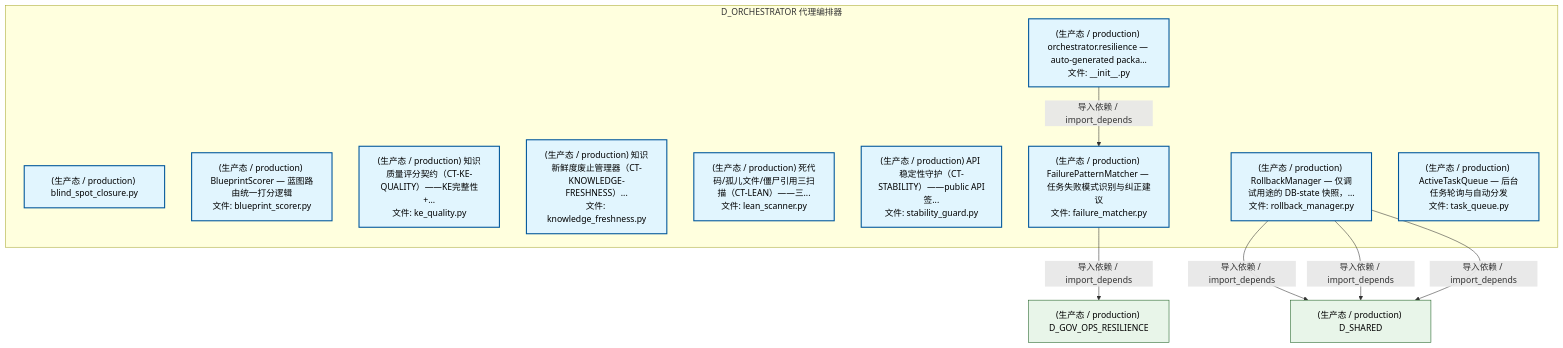
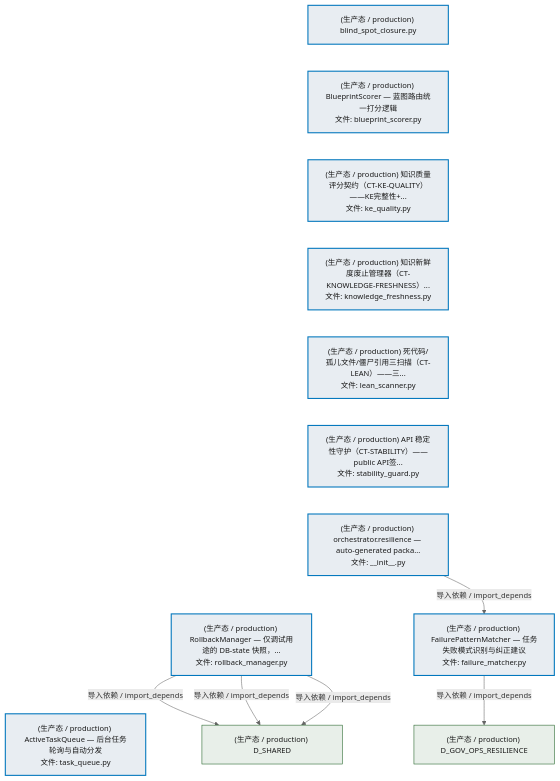
Before and after one commit to xuanFelixVan/ZephyrAlpha: the third of 5 diagrams in docs/02_enterprise_architecture/02_domain_architecture_docs/25_d_orchestrator.md, drawn with Mermaid. The commit also changed other lines of this file and 76 other files, not shown here.

````diff
--- a/docs/02_enterprise_architecture/02_domain_architecture_docs/25_d_orchestrator.md
+++ b/docs/02_enterprise_architecture/02_domain_architecture_docs/25_d_orchestrator.md
@@ -278,28 +332,35 @@
 ```mermaid
-graph TD
-    subgraph D_ORCHESTRATOR["D_ORCHESTRATOR 代理编排器"]
-        src_zephyr_orchestrator_quality_blind_spot_closure_py["(生产态 / production) blind_spot_closure.py"]
-        src_zephyr_orchestrator_quality_blueprint_scorer_py["(生产态 / production) BlueprintScorer — 蓝图路由统一打分逻辑<br/>文件: blueprint_scorer.py"]
-        src_zephyr_orchestrator_quality_ke_quality_py["(生产态 / production) 知识质量评分契约（CT-KE-QUALITY）——KE完整性+...<br/>文件: ke_quality.py"]
-        src_zephyr_orchestrator_quality_knowledge_freshness_py["(生产态 / production) 知识新鲜度废止管理器（CT-KNOWLEDGE-FRESHNESS）...<br/>文件: knowledge_freshness.py"]
-        src_zephyr_orchestrator_quality_lean_scanner_py["(生产态 / production) 死代码/孤儿文件/僵尸引用三扫描（CT-LEAN）——三...<br/>文件: lean_scanner.py"]
-        src_zephyr_orchestrator_quality_stability_guard_py["(生产态 / production) API 稳定性守护（CT-STABILITY）——public API签...<br/>文件: stability_guard.py"]
-        src_zephyr_orchestrator_resilience_init_py["(生产态 / production) orchestrator.resilience — auto-generated packa...<br/>文件: __init__.py"]
-        src_zephyr_orchestrator_resilience_failure_matcher_py["(生产态 / production) FailurePatternMatcher — 任务失败模式识别与纠正建议<br/>文件: failure_matcher.py"]
-        src_zephyr_orchestrator_rollback_manager_py["(生产态 / production) RollbackManager — 仅调试用途的 DB-state 快照，...<br/>文件: rollback_manager.py"]
-        src_zephyr_orchestrator_task_queue_py["(生产态 / production) ActiveTaskQueue — 后台任务轮询与自动分发<br/>文件: task_queue.py"]
-    end
+%%{init: {'theme': 'base', 'themeVariables': {'primaryColor': '#eaeaea', 'primaryTextColor': '#333333', 'primaryBorderColor': '#666666', 'lineColor': '#666666', 'secondaryColor': '#eaeaea', 'tertiaryColor': '#eaeaea', 'fontSize': '14px'}}}%%
+flowchart TD
+    src_zephyr_orchestrator_quality_blind_spot_closure_py["(生产态 / production) blind_spot_closure.py"]
+    src_zephyr_orchestrator_quality_blueprint_scorer_py["(生产态 / production) BlueprintScorer — 蓝图路由统一打分逻辑<br/>文件: blueprint_scorer.py"]
+    src_zephyr_orchestrator_quality_ke_quality_py["(生产态 / production) 知识质量评分契约（CT-KE-QUALITY）——KE完整性+...<br/>文件: ke_quality.py"]
+    src_zephyr_orchestrator_quality_knowledge_freshness_py["(生产态 / production) 知识新鲜度废止管理器（CT-KNOWLEDGE-FRESHNESS）...<br/>文件: knowledge_freshness.py"]
+    src_zephyr_orchestrator_quality_lean_scanner_py["(生产态 / production) 死代码/孤儿文件/僵尸引用三扫描（CT-LEAN）——三...<br/>文件: lean_scanner.py"]
+    src_zephyr_orchestrator_quality_stability_guard_py["(生产态 / production) API 稳定性守护（CT-STABILITY）——public API签...<br/>文件: stability_guard.py"]
+    src_zephyr_orchestrator_resilience_init_py["(生产态 / production) orchestrator.resilience — auto-generated packa...<br/>文件: __init__.py"]
+    src_zephyr_orchestrator_rollback_manager_py["(生产态 / production) RollbackManager — 仅调试用途的 DB-state 快照，...<br/>文件: rollback_manager.py"]
+    src_zephyr_orchestrator_task_queue_py["(生产态 / production) ActiveTaskQueue — 后台任务轮询与自动分发<br/>文件: task_queue.py"]
+    src_zephyr_orchestrator_quality_blind_spot_closure_py ~~~ src_zephyr_orchestrator_quality_blueprint_scorer_py
+    src_zephyr_orchestrator_quality_blueprint_scorer_py ~~~ src_zephyr_orchestrator_quality_ke_quality_py
+    src_zephyr_orchestrator_quality_ke_quality_py ~~~ src_zephyr_orchestrator_quality_knowledge_freshness_py
+    src_zephyr_orchestrator_quality_knowledge_freshness_py ~~~ src_zephyr_orchestrator_quality_lean_scanner_py
+    src_zephyr_orchestrator_quality_lean_scanner_py ~~~ src_zephyr_orchestrator_quality_stability_guard_py
+    src_zephyr_orchestrator_quality_stability_guard_py ~~~ src_zephyr_orchestrator_resilience_init_py
+    src_zephyr_orchestrator_resilience_init_py ~~~ src_zephyr_orchestrator_rollback_manager_py
+    src_zephyr_orchestrator_rollback_manager_py ~~~ src_zephyr_orchestrator_task_queue_py
+    src_zephyr_orchestrator_resilience_failure_matcher_py["(生产态 / production) FailurePatternMatcher — 任务失败模式识别与纠正建议<br/>文件: failure_matcher.py"]
     src_zephyr_orchestrator_resilience_init_py -->|导入依赖 / import_depends| src_zephyr_orchestrator_resilience_failure_matcher_py
     D_SHARED["(生产态 / production) D_SHARED"]
     src_zephyr_orchestrator_rollback_manager_py -->|导入依赖 / import_depends| D_SHARED
     src_zephyr_orchestrator_rollback_manager_py -->|导入依赖 / import_depends| D_SHARED
     src_zephyr_orchestrator_rollback_manager_py -->|导入依赖 / import_depends| D_SHARED
     D_GOV_OPS_RESILIENCE["(生产态 / production) D_GOV_OPS_RESILIENCE"]
     src_zephyr_orchestrator_resilience_failure_matcher_py -->|导入依赖 / import_depends| D_GOV_OPS_RESILIENCE
-    classDef production fill:#e1f5fe,stroke:#01579b,stroke-width:2px,color:#000
-    classDef design fill:#fff3e0,stroke:#e65100,stroke-width:2px,color:#000,stroke-dasharray: 5 5
-    classDef external_prod fill:#e8f5e9,stroke:#1b5e20,stroke-width:1px,color:#000
-    classDef external_design fill:#fce4ec,stroke:#880e4f,stroke-width:1px,color:#000,stroke-dasharray: 5 5
+    classDef production fill:#e8edf2,stroke:#0277bd,stroke-width:2px,color:#1a1a1a
+    classDef design fill:#f0ebe3,stroke:#bf360c,stroke-width:2px,color:#1a1a1a,stroke-dasharray: 5 5
+    classDef external_prod fill:#e8efe9,stroke:#1b5e20,stroke-width:1px,color:#1a1a1a
+    classDef external_design fill:#efe5ea,stroke:#880e4f,stroke-width:1px,color:#1a1a1a,stroke-dasharray: 5 5
     class src_zephyr_orchestrator_quality_blind_spot_closure_py,src_zephyr_orchestrator_quality_blueprint_scorer_py,src_zephyr_orchestrator_quality_ke_quality_py,src_zephyr_orchestrator_quality_knowledge_freshness_py,src_zephyr_orchestrator_quality_lean_scanner_py,src_zephyr_orchestrator_quality_stability_guard_py,src_zephyr_orchestrator_resilience_init_py,src_zephyr_orchestrator_resilience_failure_matcher_py,src_zephyr_orchestrator_rollback_manager_py,src_zephyr_orchestrator_task_queue_py production
     class D_SHARED,D_GOV_OPS_RESILIENCE external_prod
 ```
````
